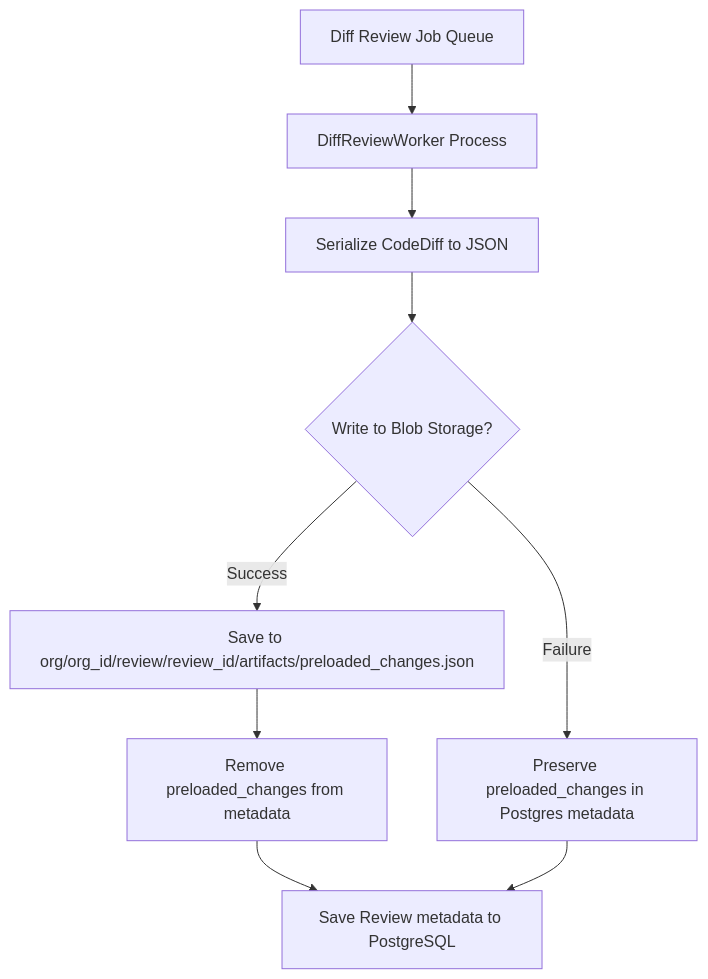
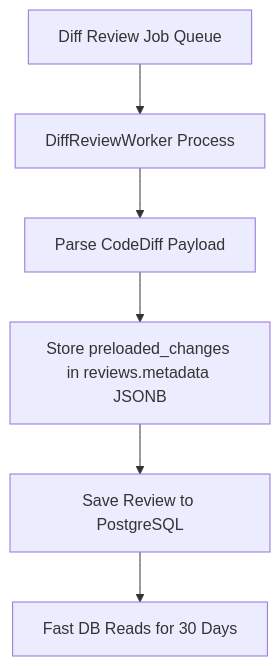
One commit to HexmosTech/LiveReview changed the second of 4 diagrams in docs/architecture/diff_storage_offloading.md. Above: the diagram before and after it, drawn with Mermaid. The commit also changed other lines of this file and 11 other files, not shown here.

Commit message:
Implement Diff Archival to Blob Storage

````diff
--- a/docs/architecture/diff_storage_offloading.md
+++ b/docs/architecture/diff_storage_offloading.md
@@ -47,11 +49,8 @@
 ```mermaid
 flowchart TD
     A["Diff Review Job Queue"] --> B["DiffReviewWorker Process"]
-    B --> C["Serialize CodeDiff to JSON"]
-    C --> D{"Write to Blob Storage?"}
-    D -- "Success" --> E["Save to org/org_id/review/review_id/artifacts/preloaded_changes.json"]
-    E --> F["Remove preloaded_changes from metadata"]
-    D -- "Failure" --> G["Preserve preloaded_changes in Postgres metadata"]
-    F --> H["Save Review metadata to PostgreSQL"]
-    G --> H
+    B --> C["Parse CodeDiff Payload"]
+    C --> D["Store preloaded_changes in reviews.metadata JSONB"]
+    D --> E["Save Review to PostgreSQL"]
+    E --> F["Fast DB Reads for 30 Days"]
 ```
````
